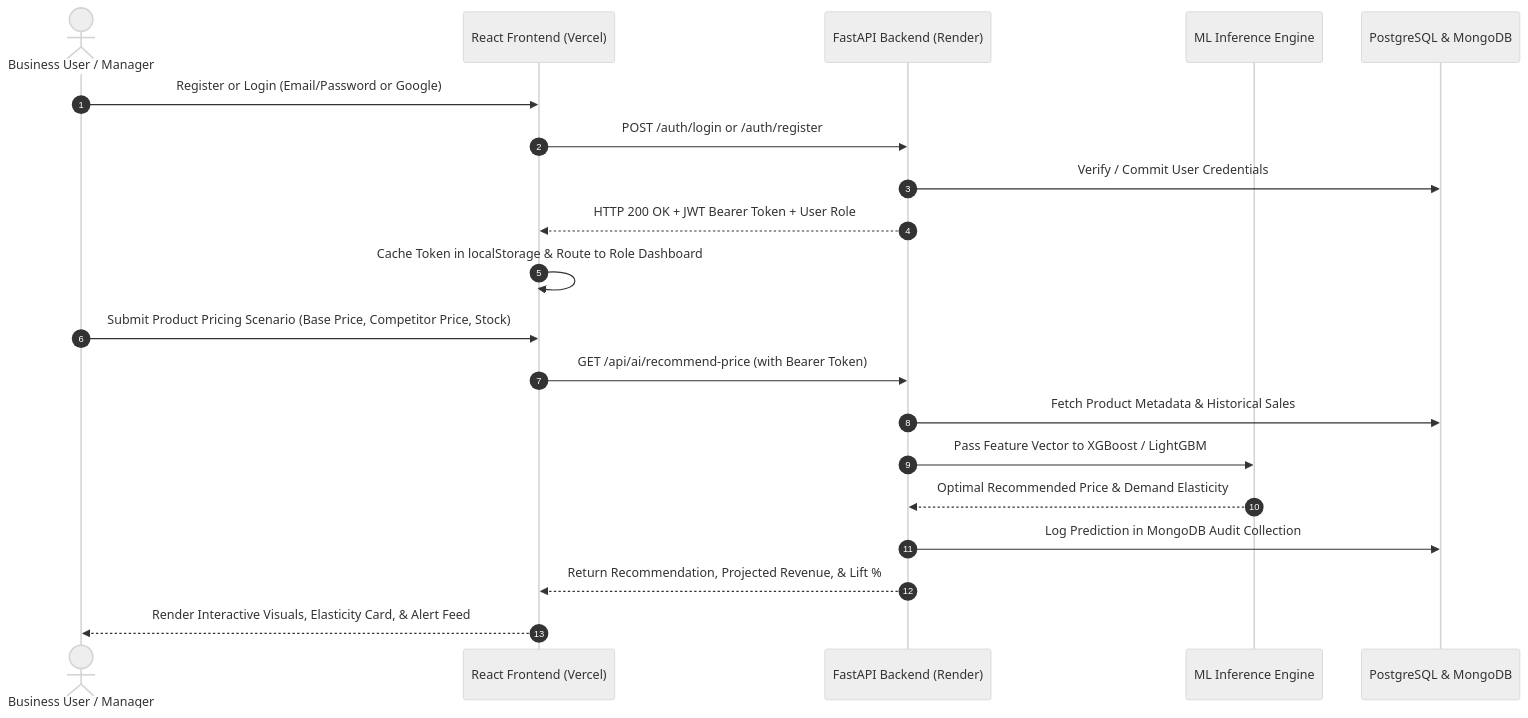
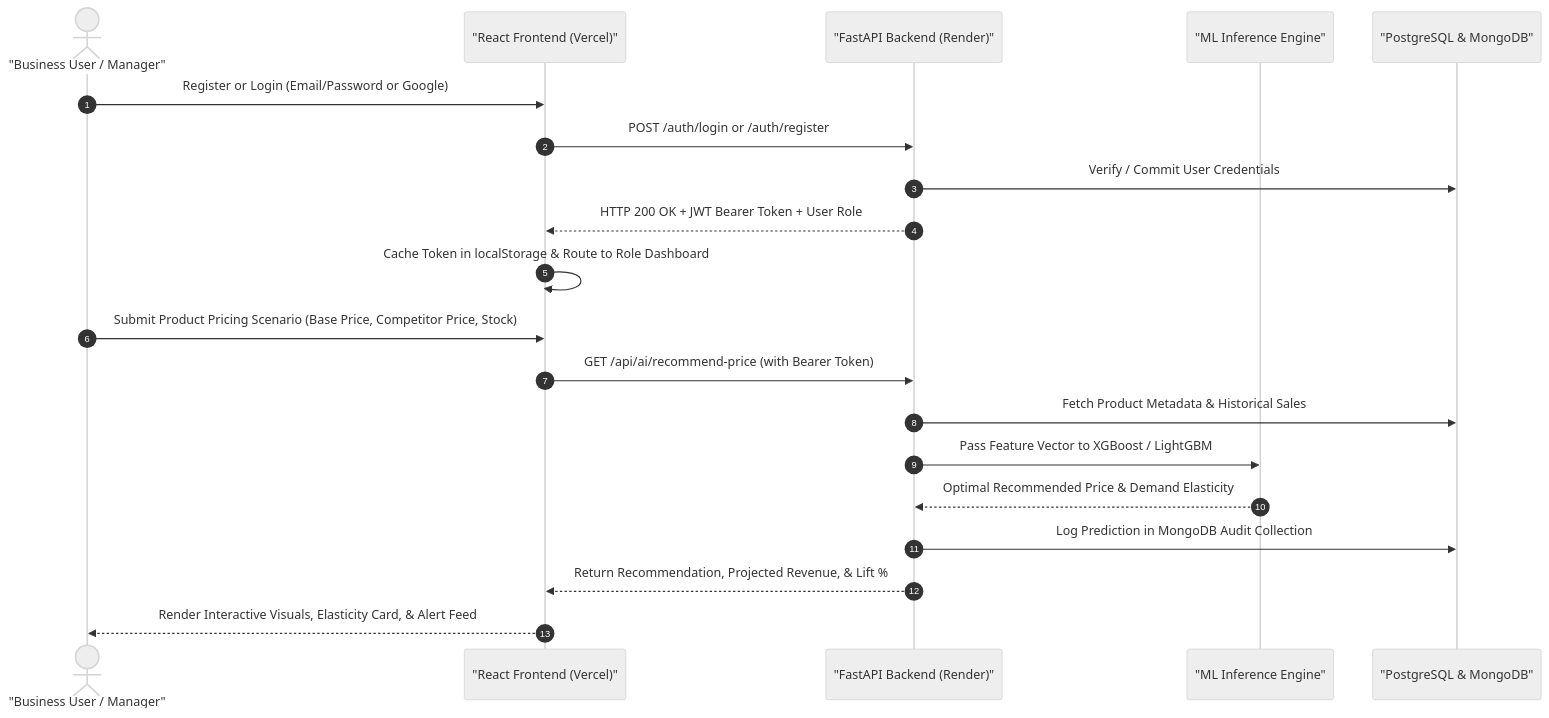
One commit to mrunalshisode/AI-Dynamic-Pricing-Optimization-Revenue-Intelligence-System changed the second of 2 diagrams in README.md. Above: the diagram before and after it, drawn with Mermaid (neutral theme). The commit also changed other lines of this file, not shown here.

Commit message:
docs: fix Mermaid diagrams in README

````diff
--- a/README.md
+++ b/README.md
@@ -206,24 +206,24 @@
 ```mermaid
 sequenceDiagram
     autonumber
-    actor User as Business User / Manager
-    participant Frontend as React Frontend (Vercel)
-    participant Backend as FastAPI Backend (Render)
-    participant ML as ML Inference Engine
-    participant DB as PostgreSQL & MongoDB
+    actor User as "Business User / Manager"
+    participant Frontend as "React Frontend (Vercel)"
+    participant Backend as "FastAPI Backend (Render)"
+    participant ML as "ML Inference Engine"
+    participant DB as "PostgreSQL & MongoDB"
 
     User->>Frontend: Register or Login (Email/Password or Google)
     Frontend->>Backend: POST /auth/login or /auth/register
     Backend->>DB: Verify / Commit User Credentials
     Backend-->>Frontend: HTTP 200 OK + JWT Bearer Token + User Role
     Frontend->>Frontend: Cache Token in localStorage & Route to Role Dashboard
 
     User->>Frontend: Submit Product Pricing Scenario (Base Price, Competitor Price, Stock)
     Frontend->>Backend: GET /api/ai/recommend-price (with Bearer Token)
     Backend->>DB: Fetch Product Metadata & Historical Sales
     Backend->>ML: Pass Feature Vector to XGBoost / LightGBM
     ML-->>Backend: Optimal Recommended Price & Demand Elasticity
     Backend->>DB: Log Prediction in MongoDB Audit Collection
     Backend-->>Frontend: Return Recommendation, Projected Revenue, & Lift %
     Frontend-->>User: Render Interactive Visuals, Elasticity Card, & Alert Feed
 ```
````
